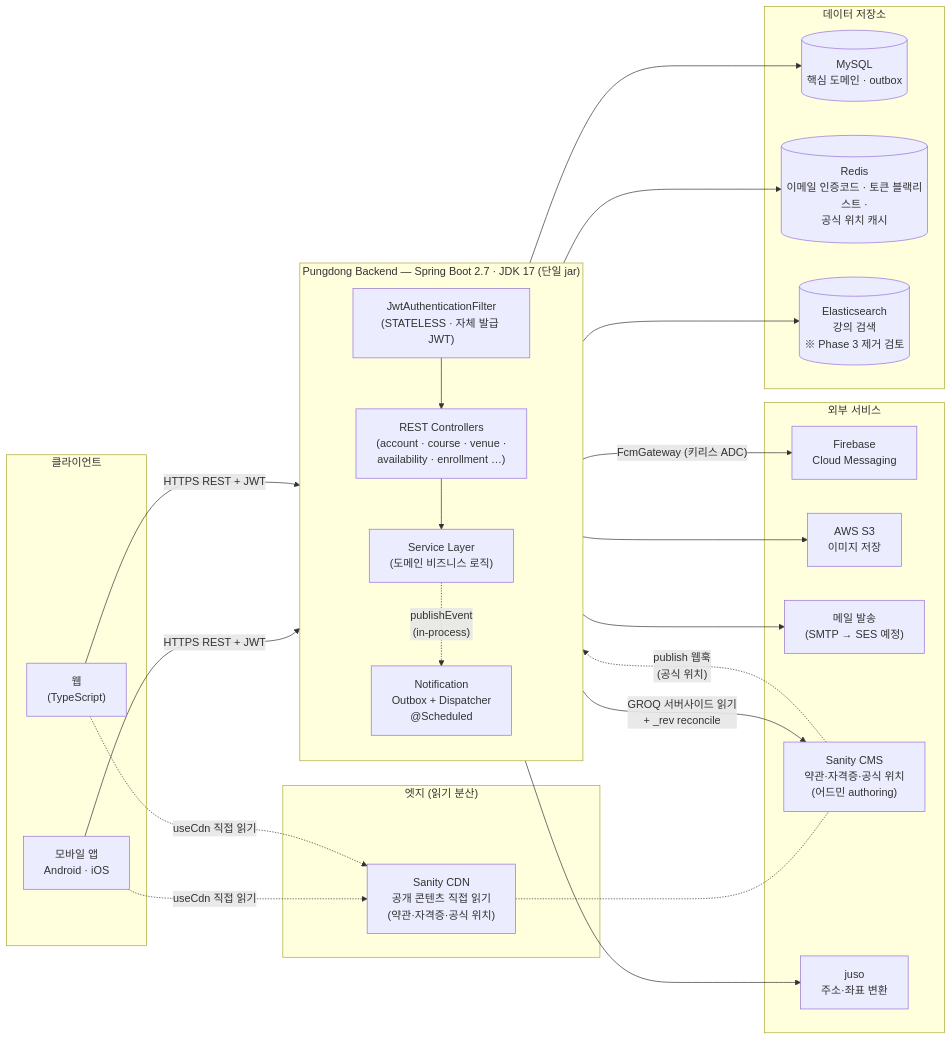
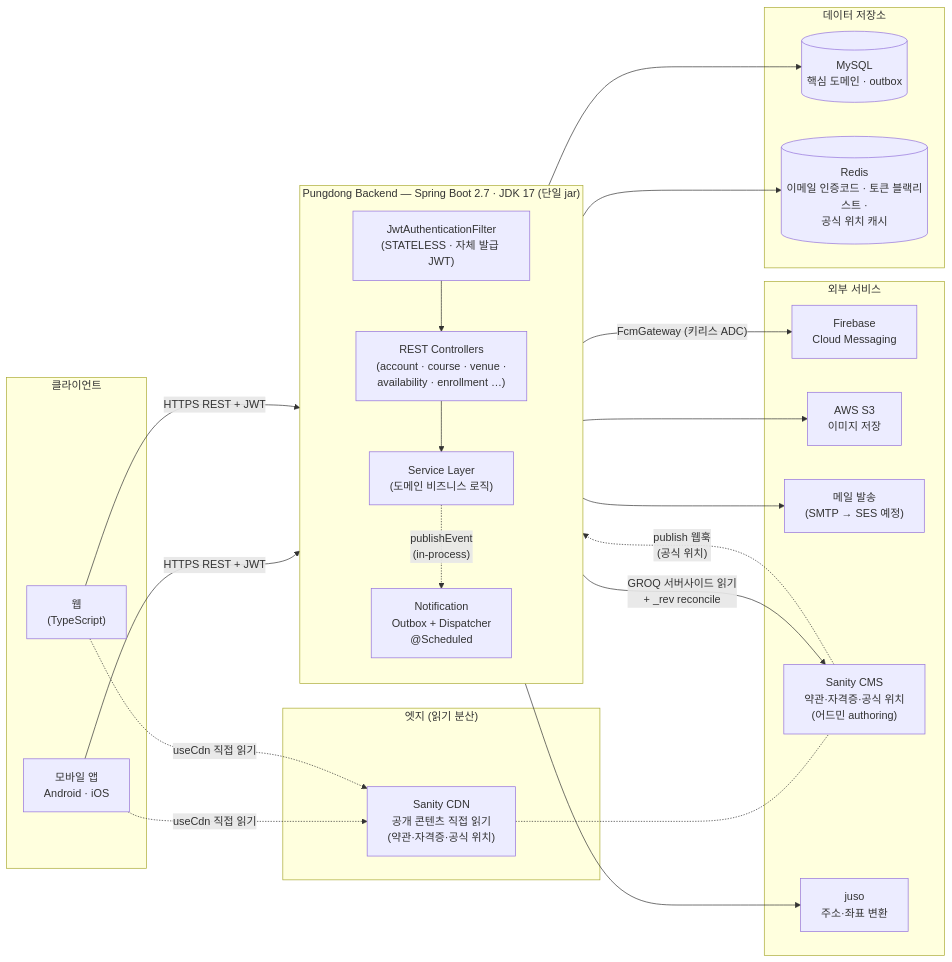
One commit to pungdong/Pungdong-Backend changed the first of 7 diagrams in docs/architecture/system-overview.md. Above: the diagram before and after it, drawn with Mermaid. The commit also changed 7 other files, not shown here.

````diff
--- a/docs/architecture/system-overview.md
+++ b/docs/architecture/system-overview.md
@@ -21,51 +21,49 @@
 ```mermaid
 flowchart LR
     subgraph Clients["클라이언트"]
         App["모바일 앱<br/>Android · iOS"]
         Web["웹<br/>(TypeScript)"]
     end
 
     subgraph Edge["엣지 (읽기 분산)"]
         CDN["Sanity CDN<br/>공개 콘텐츠 직접 읽기<br/>(약관·자격증·공식 위치)"]
     end
 
     subgraph Backend["Pungdong Backend — Spring Boot 2.7 · JDK 17 (단일 jar)"]
         direction TB
         Filter["JwtAuthenticationFilter<br/>(STATELESS · 자체 발급 JWT)"]
         Controller["REST Controllers<br/>(account · course · venue ·<br/>availability · enrollment …)"]
         Service["Service Layer<br/>(도메인 비즈니스 로직)"]
         Notif["Notification<br/>Outbox + Dispatcher<br/>@Scheduled"]
         Filter --> Controller --> Service
         Service -. "publishEvent<br/>(in-process)" .-> Notif
     end
 
     subgraph Data["데이터 저장소"]
         MySQL[("MySQL<br/>핵심 도메인 · outbox")]
         Redis[("Redis<br/>이메일 인증코드 · 토큰 블랙리스트 ·<br/>공식 위치 캐시")]
-        ES[("Elasticsearch<br/>강의 검색<br/>※ Phase 3 제거 검토")]
     end
 
     subgraph External["외부 서비스"]
         FCM["Firebase<br/>Cloud Messaging"]
         S3["AWS S3<br/>이미지 저장"]
         SMTP["메일 발송<br/>(SMTP → SES 예정)"]
         Sanity["Sanity CMS<br/>약관·자격증·공식 위치<br/>(어드민 authoring)"]
         Juso["juso<br/>주소·좌표 변환"]
     end
 
     App -- "HTTPS REST + JWT" --> Filter
     Web -- "HTTPS REST + JWT" --> Filter
     App -. "useCdn 직접 읽기" .-> CDN
     Web -. "useCdn 직접 읽기" .-> CDN
     CDN -.- Sanity
 
     Service --> MySQL
     Service --> Redis
-    Service --> ES
     Service --> S3
     Service --> SMTP
     Service --> Juso
     Service -- "GROQ 서버사이드 읽기<br/>+ _rev reconcile" --> Sanity
     Sanity -. "publish 웹훅<br/>(공식 위치)" .-> Controller
     Notif -- "FcmGateway (키리스 ADC)" --> FCM
 ```
````
